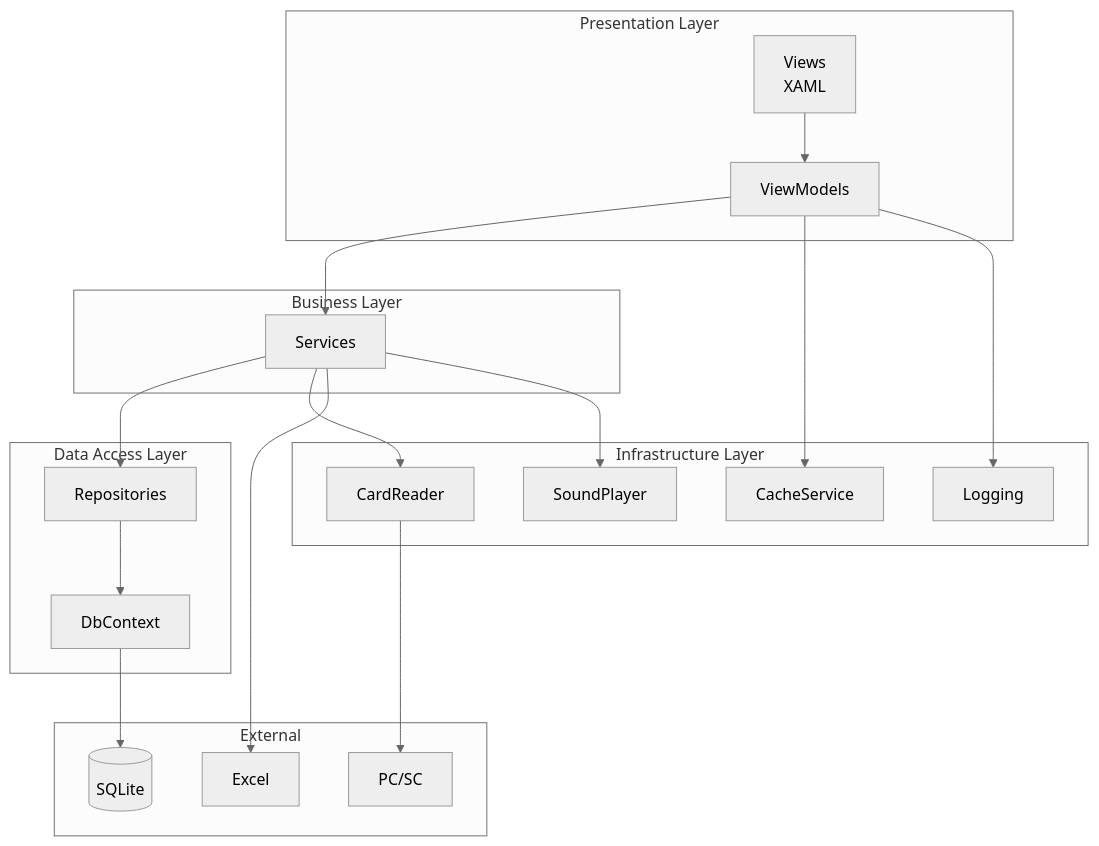
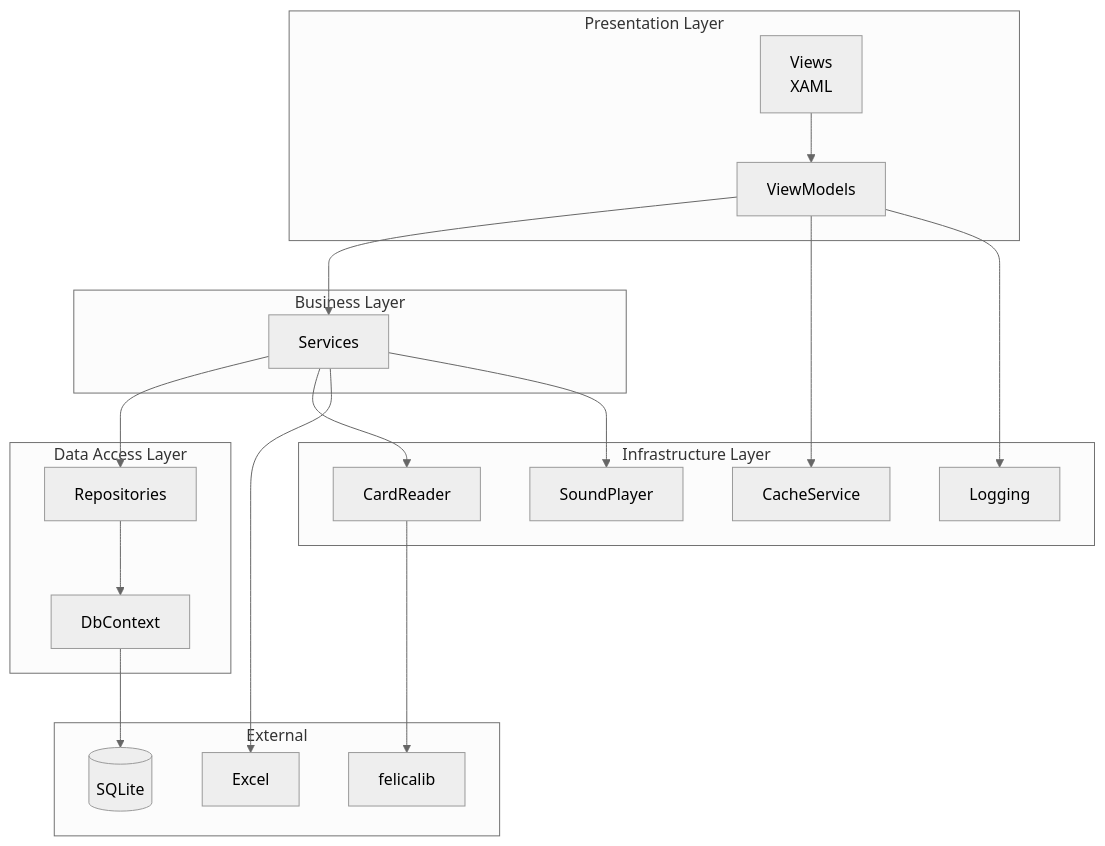
Before and after one commit to kuwayamamasayuki/ICCardManager: the second of 7 diagrams in ICCardManager/docs/manual/開発者ガイド.md, drawn with Mermaid (neutral theme). The commit also changed other lines of this file and 21 other files, not shown here.

First line of the commit message:
chore(CardReader): PcScCardReader を削除し FelicaCardReader のみに統一

````diff
--- a/ICCardManager/docs/manual/開発者ガイド.md
+++ b/ICCardManager/docs/manual/開発者ガイド.md
@@ -81,41 +81,41 @@
 ```mermaid
 graph TB
     subgraph "Presentation Layer"
         VIEW[Views<br>XAML]
         VM[ViewModels]
     end
 
     subgraph "Business Layer"
         SVC[Services]
     end
 
     subgraph "Data Access Layer"
         REPO[Repositories]
         CTX[DbContext]
     end
 
     subgraph "Infrastructure Layer"
         CARD[CardReader]
         SOUND[SoundPlayer]
         CACHE[CacheService]
         LOG[Logging]
     end
 
     subgraph "External"
         DB[(SQLite)]
-        PCSC[PC/SC]
+        FELICA[felicalib]
         EXCEL[Excel]
     end
 
     VIEW --> VM
     VM --> SVC
     SVC --> REPO
     REPO --> CTX
     CTX --> DB
     SVC --> CARD
-    CARD --> PCSC
+    CARD --> FELICA
     SVC --> EXCEL
     VM --> CACHE
     SVC --> SOUND
     VM --> LOG
 ```
````
